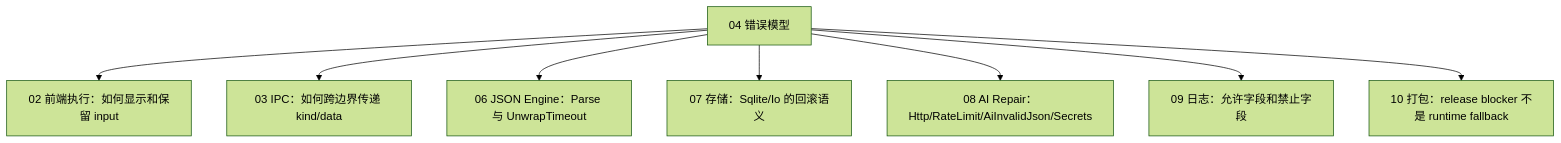
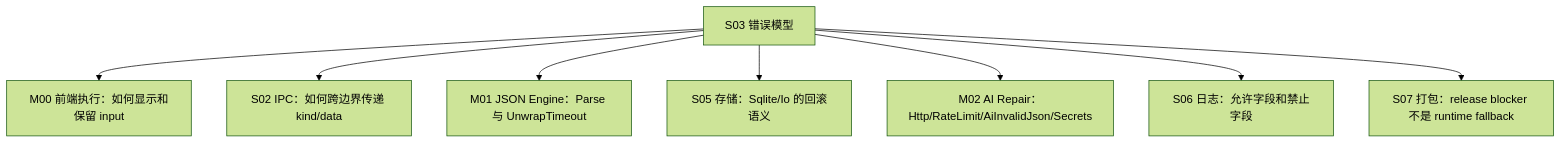
Before and after one commit to jinhuang712/jsonita: the second of 2 diagrams in spec/S03-error-model.md, drawn with Mermaid (forest theme). The commit also changed 76 other files, not shown here.

````diff
--- a/spec/S03-error-model.md
+++ b/spec/S03-error-model.md
@@ -67,10 +67,10 @@
 ```mermaid
 flowchart TD
-  ErrorModel["04 错误模型"] --> Frontend["02 前端执行：如何显示和保留 input"]
-  ErrorModel --> IPC["03 IPC：如何跨边界传递 kind/data"]
-  ErrorModel --> Engine["06 JSON Engine：Parse 与 UnwrapTimeout"]
-  ErrorModel --> Storage["07 存储：Sqlite/Io 的回滚语义"]
-  ErrorModel --> AI["08 AI Repair：Http/RateLimit/AiInvalidJson/Secrets"]
-  ErrorModel --> Logging["09 日志：允许字段和禁止字段"]
-  ErrorModel --> Release["10 打包：release blocker 不是 runtime fallback"]
+  ErrorModel["S03 错误模型"] --> Frontend["M00 前端执行：如何显示和保留 input"]
+  ErrorModel --> IPC["S02 IPC：如何跨边界传递 kind/data"]
+  ErrorModel --> Engine["M01 JSON Engine：Parse 与 UnwrapTimeout"]
+  ErrorModel --> Storage["S05 存储：Sqlite/Io 的回滚语义"]
+  ErrorModel --> AI["M02 AI Repair：Http/RateLimit/AiInvalidJson/Secrets"]
+  ErrorModel --> Logging["S06 日志：允许字段和禁止字段"]
+  ErrorModel --> Release["S07 打包：release blocker 不是 runtime fallback"]
 ```
````
